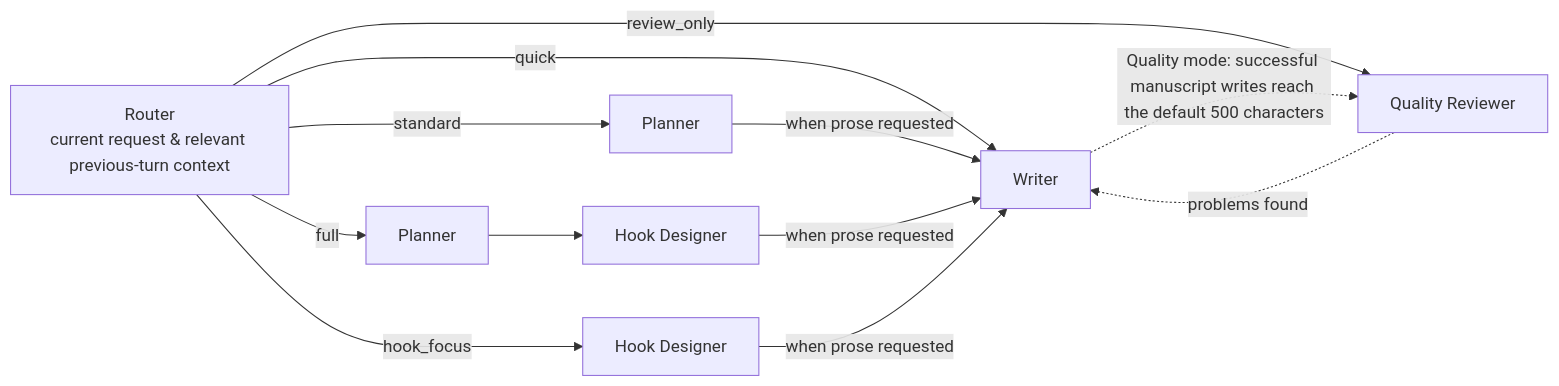
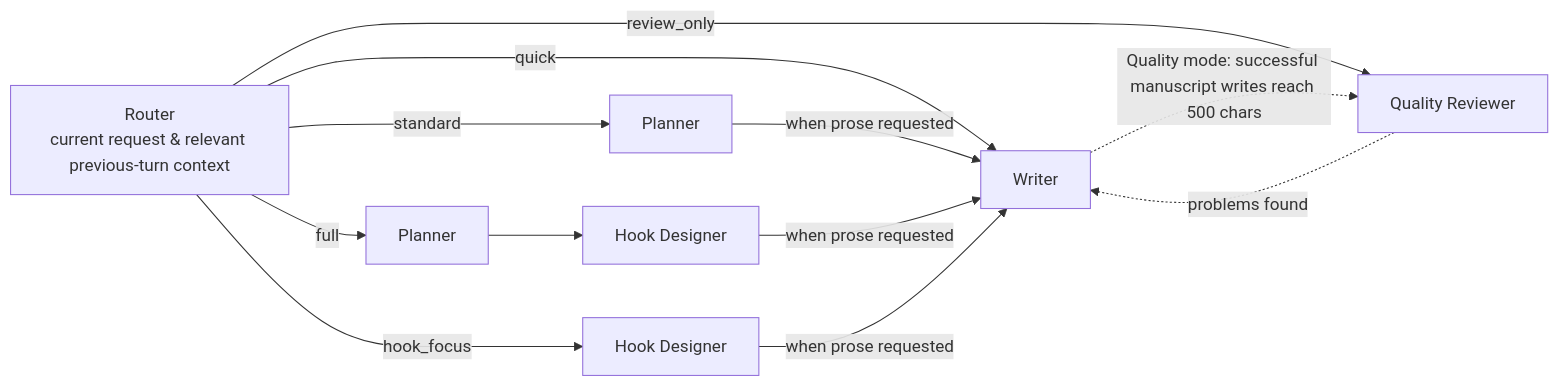
The diagram in README_EN.md (zenstory-ai/zenstory), drawn with Mermaid before and after one commit. The commit also changed other lines of this file and 2 other files, not shown here.

Commit message:
docs: align README highlights with current agent/context/failover architecture

````diff
--- a/README_EN.md
+++ b/README_EN.md
@@ -150,10 +148,10 @@
 ```mermaid
 flowchart LR
     R["Router<br/>current request & relevant previous-turn context"] -->|quick| W["Writer"]
     R -->|standard| P["Planner"] -->|when prose requested| W
     R -->|full| P2["Planner"] --> H["Hook Designer"] -->|when prose requested| W
     R -->|hook_focus| H2["Hook Designer"] -->|when prose requested| W
     R -->|review_only| Q["Quality Reviewer"]
-    W -. Quality mode: successful manuscript writes reach the default 500 characters .-> Q
+    W -. Quality mode: successful manuscript writes reach 500 chars .-> Q
     Q -. problems found .-> W
 ```
````
